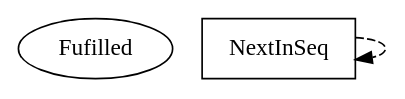
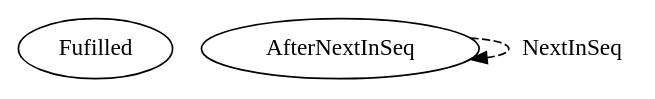
One commit to Marcao02/complaw-deeptech changed the diagram in linear_state_machine_language/pyL4/examples/out_graphviz/toy_and_teaching/collatz2.dot. Above: the diagram before and after it, drawn with Graphviz. The commit also changed 46 other files, not shown here.

Commit message:
better flowcharts, full goodenough/flood example

```diff
--- a/linear_state_machine_language/pyL4/examples/out_graphviz/toy_and_teaching/collatz2.dot
+++ b/linear_state_machine_language/pyL4/examples/out_graphviz/toy_and_teaching/collatz2.dot
@@ -1,17 +1,17 @@
 // THIS IS A GENERATED FILE. DO NOT EDIT.
 
 digraph Collatz {    
     Fulfilled[label=Fufilled];
     
+        
     
-     
-    NextInSeq[label=NextInSeq,shape=box]    
+         
     
     
     
-    NextInSeq -> NextInSeq [style=dashed]
     
          
     
-       
+    AfterNextInSeq -> AfterNextInSeq [style=dashed,label=NextInSeq];
+	   
 }
```
